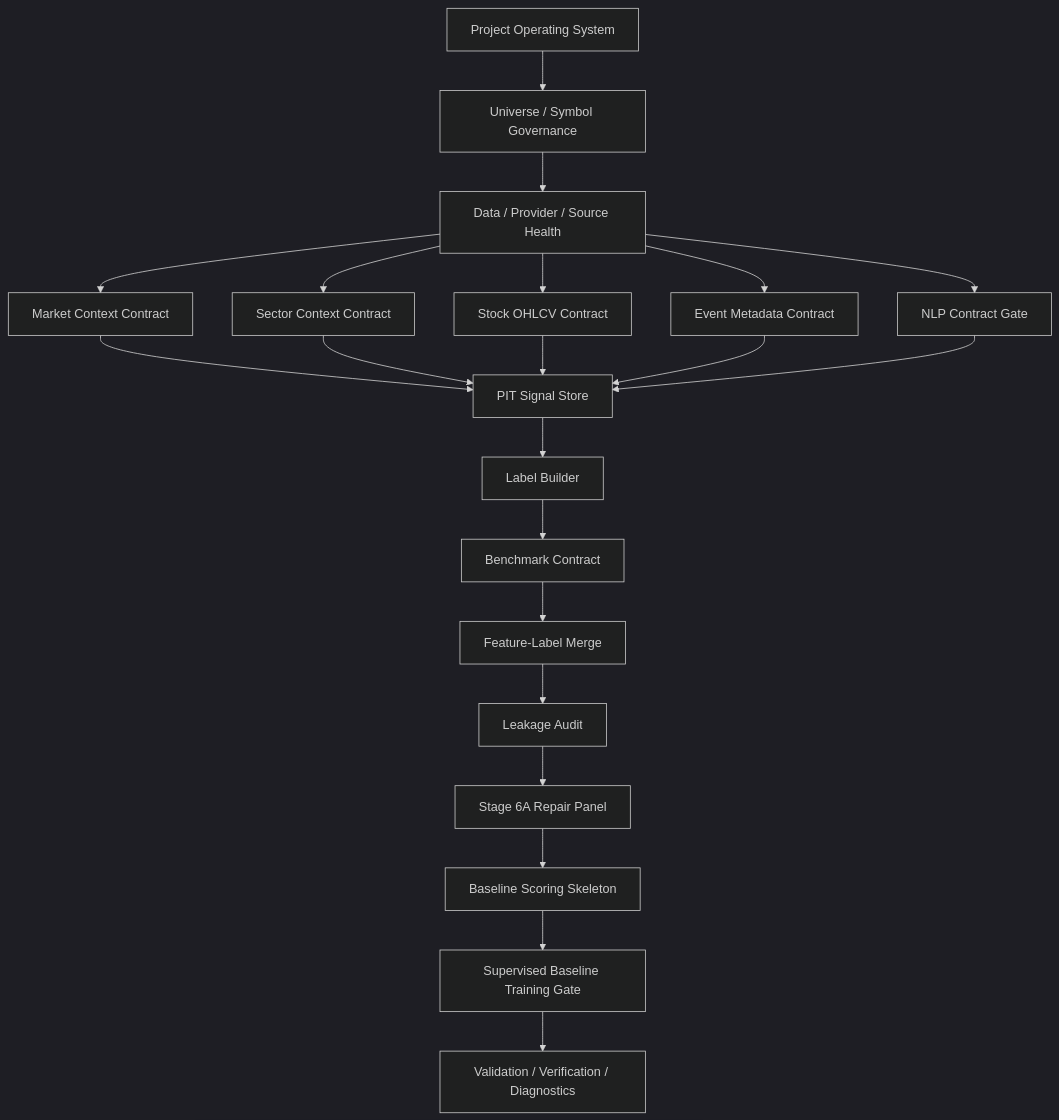
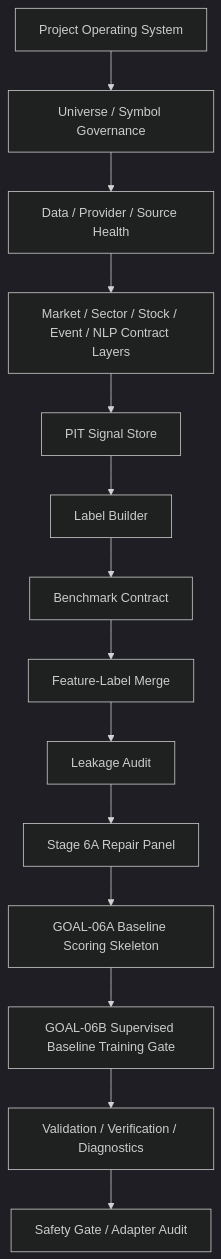
The first of 2 diagrams in docs/architecture/ACTIVE_WORKFLOW_THROUGH_GOAL06B.md (RyanLu0203/A_share_premarket_core), drawn with Mermaid (dark theme) before and after one commit. The commit also changed other lines of this file and 25 other files, not shown here.

````diff
--- a/docs/architecture/ACTIVE_WORKFLOW_THROUGH_GOAL06B.md
+++ b/docs/architecture/ACTIVE_WORKFLOW_THROUGH_GOAL06B.md
@@ -3,23 +3,16 @@
 ```mermaid
 flowchart TD
     A["Project Operating System"] --> B["Universe / Symbol Governance"]
     B --> C["Data / Provider / Source Health"]
-    C --> D["Market Context Contract"]
-    C --> E["Sector Context Contract"]
-    C --> F["Stock OHLCV Contract"]
-    C --> G["Event Metadata Contract"]
-    C --> H["NLP Contract Gate"]
-    D --> I["PIT Signal Store"]
-    E --> I
-    F --> I
-    G --> I
-    H --> I
-    I --> J["Label Builder"]
-    J --> K["Benchmark Contract"]
-    K --> L["Feature-Label Merge"]
-    L --> M["Leakage Audit"]
-    M --> N["Stage 6A Repair Panel"]
-    N --> O["Baseline Scoring Skeleton"]
-    O --> P["Supervised Baseline Training Gate"]
-    P --> Q["Validation / Verification / Diagnostics"]
+    C --> D["Market / Sector / Stock / Event / NLP Contract Layers"]
+    D --> E["PIT Signal Store"]
+    E --> F["Label Builder"]
+    F --> G["Benchmark Contract"]
+    G --> H["Feature-Label Merge"]
+    H --> I["Leakage Audit"]
+    I --> J["Stage 6A Repair Panel"]
+    J --> K["GOAL-06A Baseline Scoring Skeleton"]
+    K --> L["GOAL-06B Supervised Baseline Training Gate"]
+    L --> M["Validation / Verification / Diagnostics"]
+    M --> N["Safety Gate / Adapter Audit"]
 ```
````
